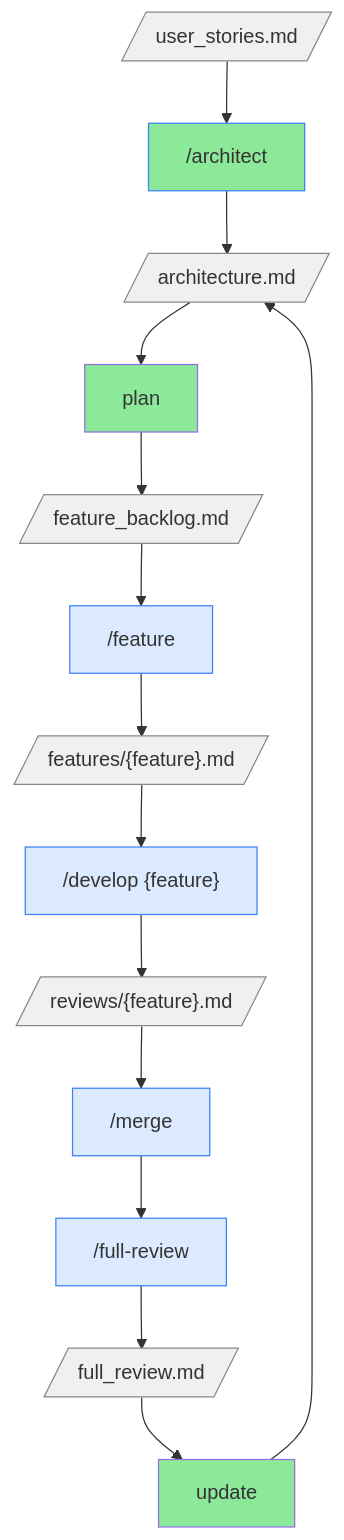
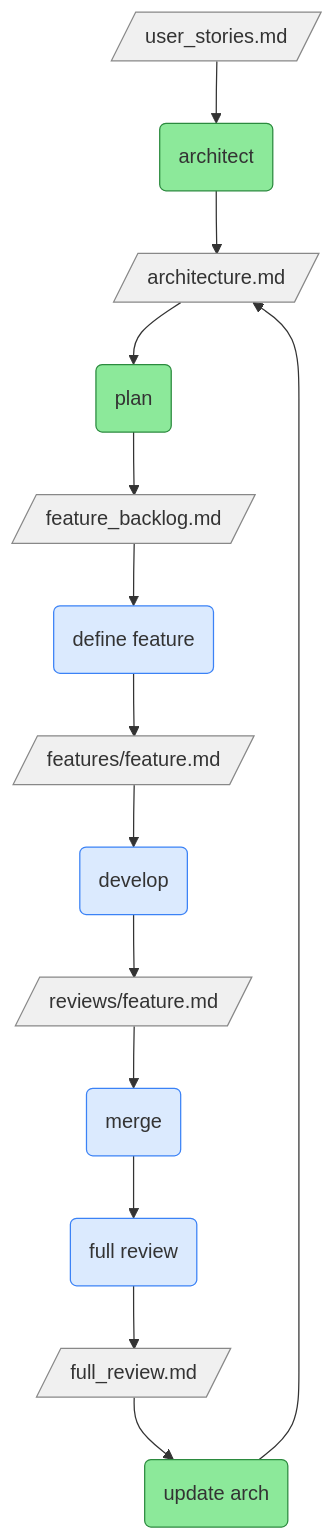
The first of 2 diagrams in README.md (sjev/robodev), drawn with Mermaid before and after one commit.

Commit message:
Fix Mermaid syntax and update document links

````diff
--- a/README.md
+++ b/README.md
@@ -9,37 +9,37 @@
 ```mermaid
-flowchart TB
+flowchart TD
 
     %% ==== DOCUMENTS ====
-    US[/"user_stories.md"/]
-    ARCH_DOC[/"architecture.md"/]
-    BACKLOG[/"feature_backlog.md"/]
-    FEAT_DOC[/"features/{feature}.md"/]
-    FEAT_REV[/"reviews/{feature}.md"/]
-    FULL_REV[/"full_review.md"/]
+    US[/user_stories.md/]
+    ARCH_DOC[/architecture.md/]
+    BACKLOG[/feature_backlog.md/]
+    FEAT_DOC[/features/feature.md/]
+    FEAT_REV[/reviews/feature.md/]
+    FULL_REV[/full_review.md/]
 
     %% ==== ACTIONS ====
-    ARCH["/architect"]
-    PLAN["plan"]
-    FEAT["/feature"]
-    DEV["/develop {feature}"]
-    MERGE["/merge"]
-    FULL["/full-review"]
-    UPDATE_ARCH["update"]
+    ARCH("architect")
+    PLAN("plan")
+    FEAT("define feature")
+    DEV("develop")
+    MERGE("merge")
+    FULL("full review")
+    UPDATE("update arch")
 
-    %% ==== FLOW (TRANSFORMATIONS) ====
+    %% ==== FLOW ====
     US --> ARCH --> ARCH_DOC
     ARCH_DOC --> PLAN --> BACKLOG
     BACKLOG --> FEAT --> FEAT_DOC
     FEAT_DOC --> DEV --> FEAT_REV
     FEAT_REV --> MERGE --> FULL
-    FULL --> FULL_REV -->UPDATE_ARCH--> ARCH_DOC
+    FULL --> FULL_REV --> UPDATE --> ARCH_DOC
 
     %% ==== STYLING ====
-    classDef doc fill:#f0f0f0,stroke:#888
-    classDef cmd fill:#dbeafe,stroke:#3b82f6
-    classDef manual fill:#8ce99a
+    classDef doc fill:#f0f0f0,stroke:#888;
+    classDef cmd fill:#dbeafe,stroke:#3b82f6;
+    classDef manual fill:#8ce99a,stroke:#2b8a3e;
 
-    class US,ARCH_DOC,BACKLOG,FEAT_DOC,FEAT_REV,FULL_REV doc
-    class ARCH,FEAT,DEV,REVIEW,FULL,MERGE cmd
-    class ARCH,PLAN,UPDATE_ARCH manual
+    class US,ARCH_DOC,BACKLOG,FEAT_DOC,FEAT_REV,FULL_REV doc;
+    class FEAT,DEV,MERGE,FULL cmd;
+    class ARCH,PLAN,UPDATE manual;
 ```
````
